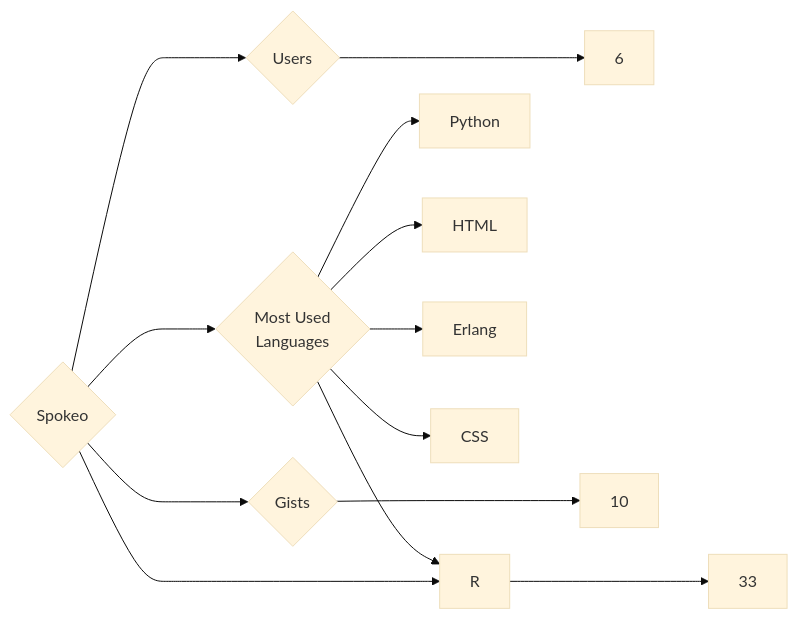
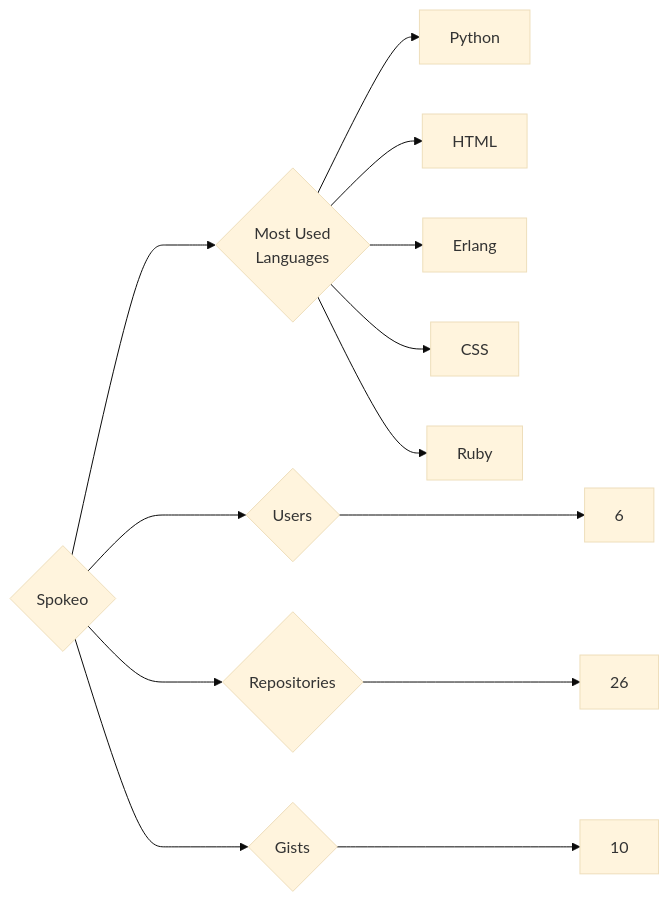
The diagram in targets/Spokeo/README.md (trickest/insiders), drawn with Mermaid (base theme) before and after one commit. The commit also changed 1479 other files, not shown here.

````diff
--- a/targets/Spokeo/README.md
+++ b/targets/Spokeo/README.md
@@ -3,13 +3,13 @@
 ```mermaid
 graph LR
 COMPANY_NAME{Spokeo}
 COMPANY_NAME ---> U{Users} ---> UN[6]
-COMPANY_NAME ---> R{Repositories} ---> RN[33]
+COMPANY_NAME ---> R{Repositories} ---> RN[26]
 COMPANY_NAME ---> G{Gists} ---> GN[10]
 COMPANY_NAME ---> ML{Most Used<br>Languages}
 ML --> Python[Python]
 ML --> HTML[HTML]
 ML --> Erlang[Erlang]
 ML --> CSS[CSS]
-ML --> R[R]
+ML --> Ruby[Ruby]
 ```
````
